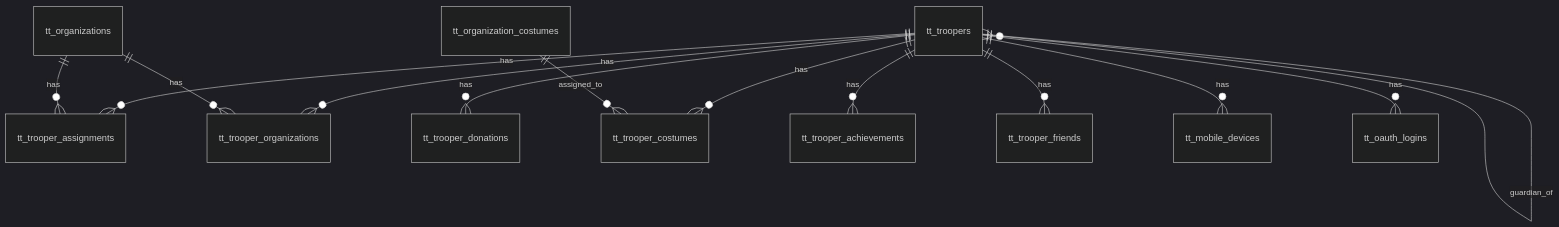
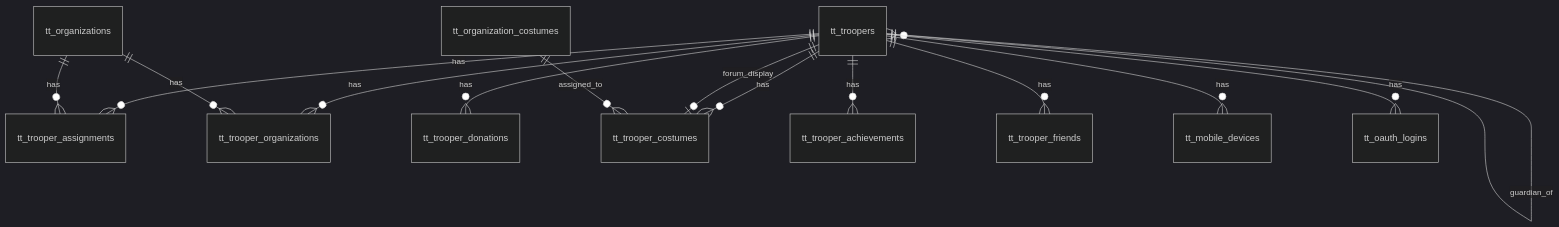
One commit to obsidianslicers/trooper-tracker changed the second of 6 diagrams in docs/DATABASE.md. Above: the diagram before and after it, drawn with Mermaid (dark theme). The commit also changed other lines of this file, not shown here.

````diff
--- a/docs/DATABASE.md
+++ b/docs/DATABASE.md
@@ -70,17 +71,18 @@
   ```mermaid
   erDiagram
     tt_troopers ||--o{ tt_troopers : guardian_of
     tt_troopers ||--o{ tt_trooper_assignments : has
     tt_troopers ||--o{ tt_trooper_organizations : has
     tt_troopers ||--o{ tt_trooper_donations : has
     tt_troopers ||--o{ tt_trooper_costumes : has
+    tt_troopers ||--o| tt_trooper_costumes : forum_display
     tt_troopers ||--o{ tt_trooper_achievements : has
     tt_troopers ||--o{ tt_trooper_friends : has
     tt_troopers ||--o{ tt_mobile_devices : has
 
     tt_organizations ||--o{ tt_trooper_assignments : has
     tt_organizations ||--o{ tt_trooper_organizations : has
     tt_organization_costumes ||--o{ tt_trooper_costumes : assigned_to
 
     tt_troopers ||--o{ tt_oauth_logins : has
   ```
````
